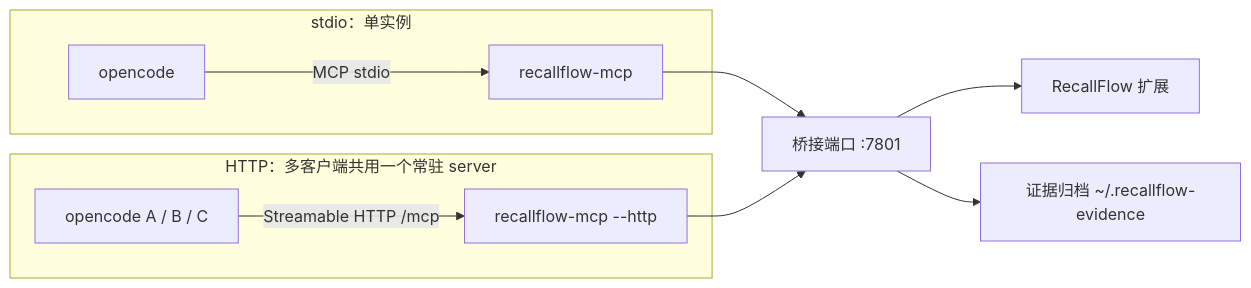
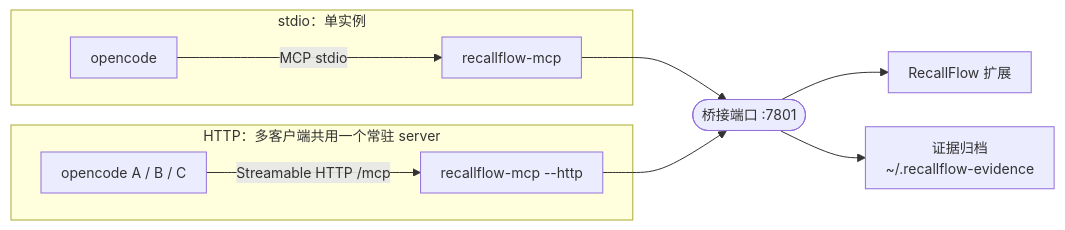
Before and after one commit to marioyyds/RecallFlow: the fourth of 5 diagrams in README.md, drawn with Mermaid. The commit also changed other lines of this file and 1 other file, not shown here.

First line of the commit message:
docs(readme): mermaid 图升级为带分组、编号与批注的样式

````diff
--- a/README.md
+++ b/README.md
@@ -110,13 +129,15 @@
 ```mermaid
+%%{init: {"flowchart":{"curve":"basis","nodeSpacing":34,"rankSpacing":60,"padding":10},"themeVariables":{"fontSize":"14px"}}}%%
 flowchart LR
     subgraph S1["stdio：单实例"]
         A1["opencode"] -->|MCP stdio| B1["recallflow-mcp"]
     end
     subgraph S2["HTTP：多客户端共用一个常驻 server"]
         A2["opencode A / B / C"] -->|Streamable HTTP /mcp| B2["recallflow-mcp --http"]
     end
-    B1 --> BR["桥接端口 :7801"]
+    BR(["桥接端口 :7801"])
+    B1 --> BR
     B2 --> BR
     BR --> EXT["RecallFlow 扩展"]
-    BR --> AR["证据归档 ~/.recallflow-evidence"]
+    BR --> AR["证据归档<br/>~/.recallflow-evidence"]
 ```
````
